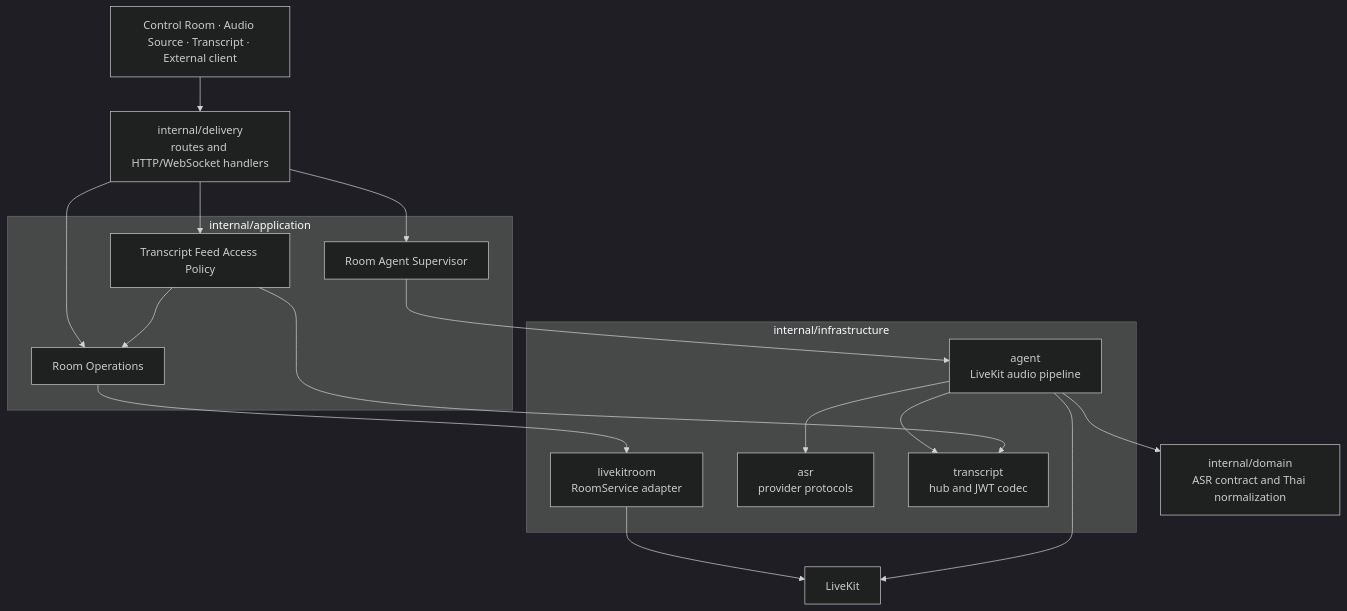
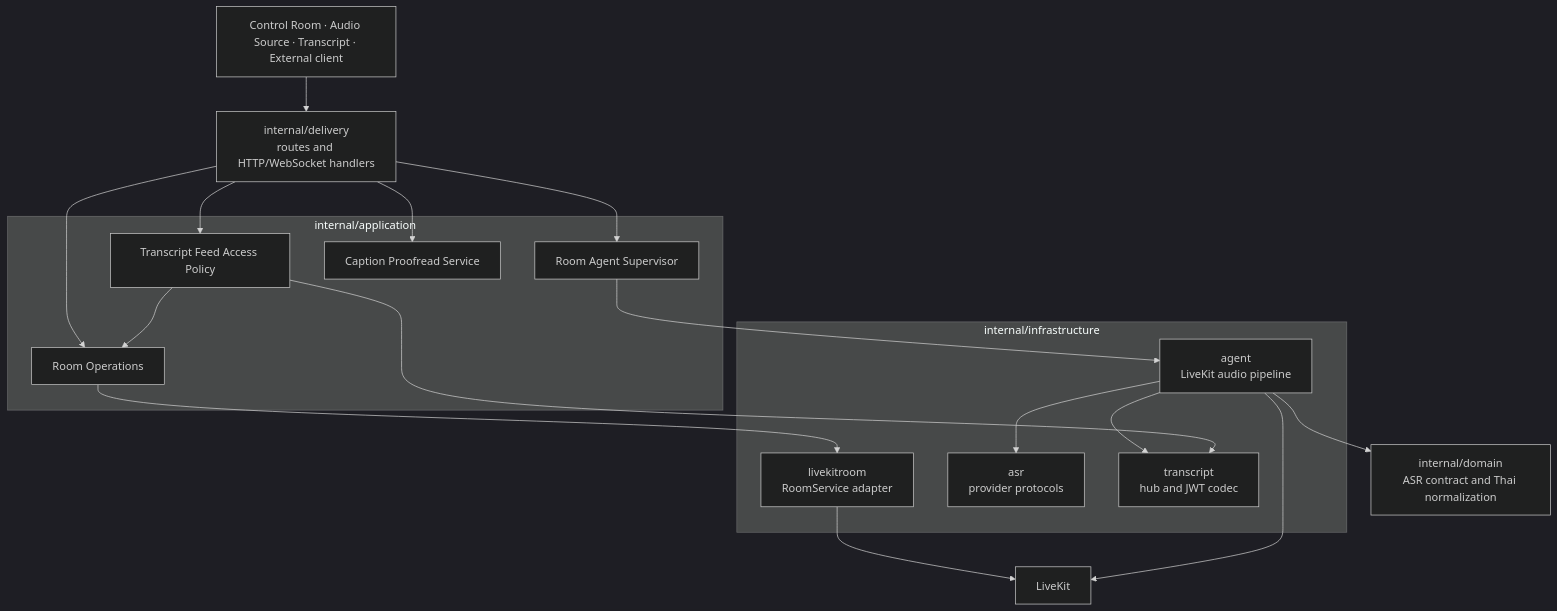
The diagram in backend-go/README.md (woottipong/verbatim-transcriber), drawn with Mermaid (dark theme) before and after one commit. The commit also changed other lines of this file and 151 other files, not shown here.

````diff
--- a/backend-go/README.md
+++ b/backend-go/README.md
@@ -35,36 +35,38 @@
 ```mermaid
 flowchart TB
     Client["Control Room · Audio Source · Transcript · External client"]
     Delivery["internal/delivery<br>routes and HTTP/WebSocket handlers"]
 
     subgraph Application["internal/application"]
         Rooms["Room Operations"]
         Supervisor["Room Agent Supervisor"]
         Access["Transcript Feed Access Policy"]
+        Proofread["Caption Proofread Service"]
     end
 
     subgraph Infrastructure["internal/infrastructure"]
         LKRoom["livekitroom<br>RoomService adapter"]
         Agent["agent<br>LiveKit audio pipeline"]
         Providers["asr<br>provider protocols"]
         Transcript["transcript<br>hub and JWT codec"]
     end
 
     Domain["internal/domain<br>ASR contract and Thai normalization"]
     LiveKit["LiveKit"]
 
     Client --> Delivery
     Delivery --> Rooms
     Delivery --> Supervisor
     Delivery --> Access
+    Delivery --> Proofread
 
     Rooms --> LKRoom
     LKRoom --> LiveKit
     Supervisor --> Agent
     Agent --> LiveKit
     Agent --> Providers
     Agent --> Domain
     Agent --> Transcript
     Access --> Rooms
     Access --> Transcript
 ```
````
